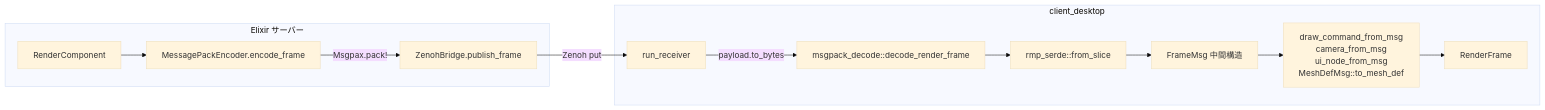
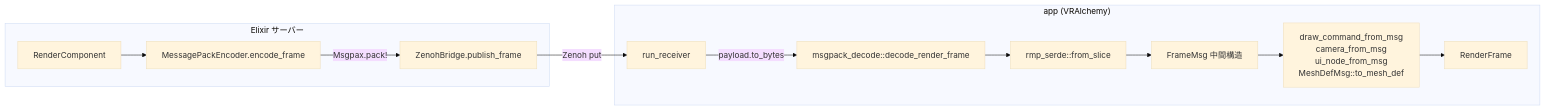
Before and after one commit to FRICK-ELDY/alchemy-engine: the third of 9 diagrams in docs/architecture/rust/desktop_client.md, drawn with Mermaid (base theme). The commit also changed other lines of this file and 11 other files, not shown here.

````diff
--- a/docs/architecture/rust/desktop_client.md
+++ b/docs/architecture/rust/desktop_client.md
@@ -78,26 +78,26 @@
 ```mermaid
 flowchart LR
     subgraph Server["Elixir サーバー"]
         RC[RenderComponent]
         MPE[MessagePackEncoder.encode_frame]
         ZB[ZenohBridge.publish_frame]
     end
 
-    subgraph Client["client_desktop"]
+    subgraph Client["app (VRAlchemy)"]
         Recv[run_receiver]
         Decode[msgpack_decode::decode_render_frame]
         FromSlice[rmp_serde::from_slice]
         FrameMsg[FrameMsg 中間構造]
         Convert[draw_command_from_msg<br/>camera_from_msg<br/>ui_node_from_msg<br/>MeshDefMsg::to_mesh_def]
         RF[RenderFrame]
     end
 
     RC --> MPE
     MPE -->|Msgpax.pack!| ZB
     ZB -->|Zenoh put| Recv
     Recv -->|payload.to_bytes| Decode
     Decode --> FromSlice
     FromSlice --> FrameMsg
     FrameMsg --> Convert
     Convert --> RF
 ```
````
